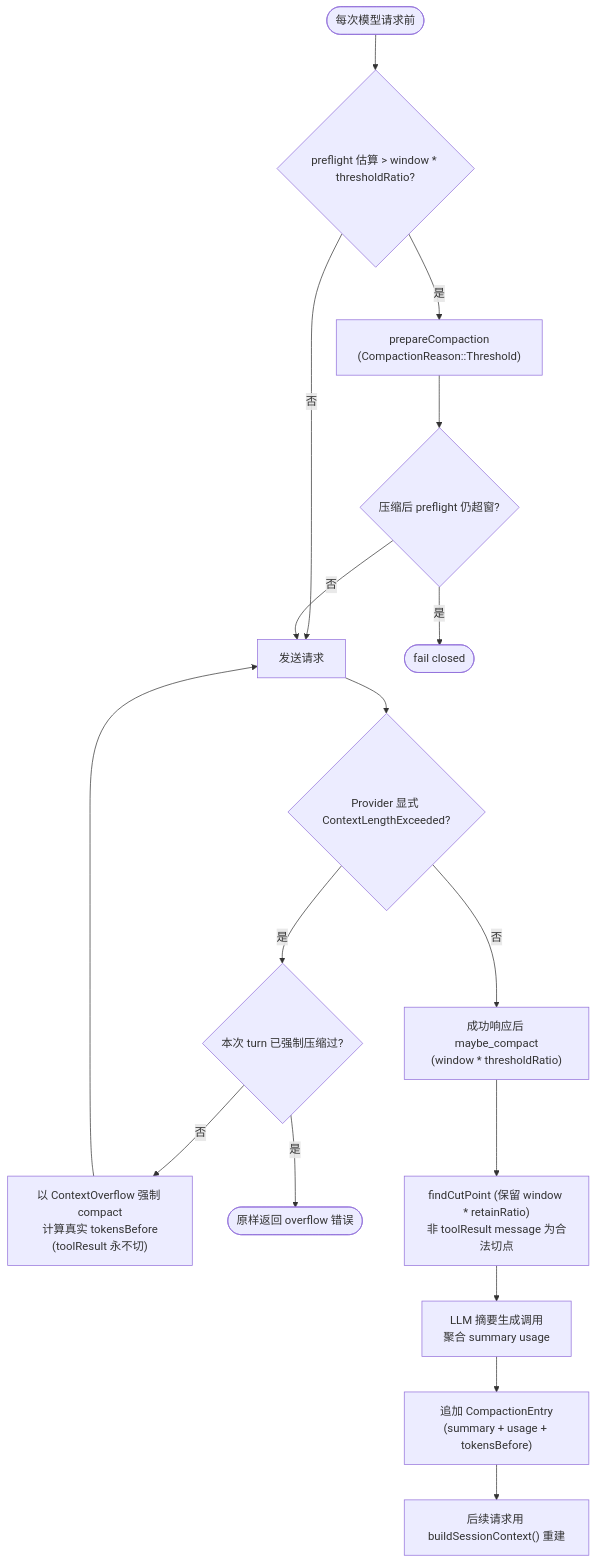
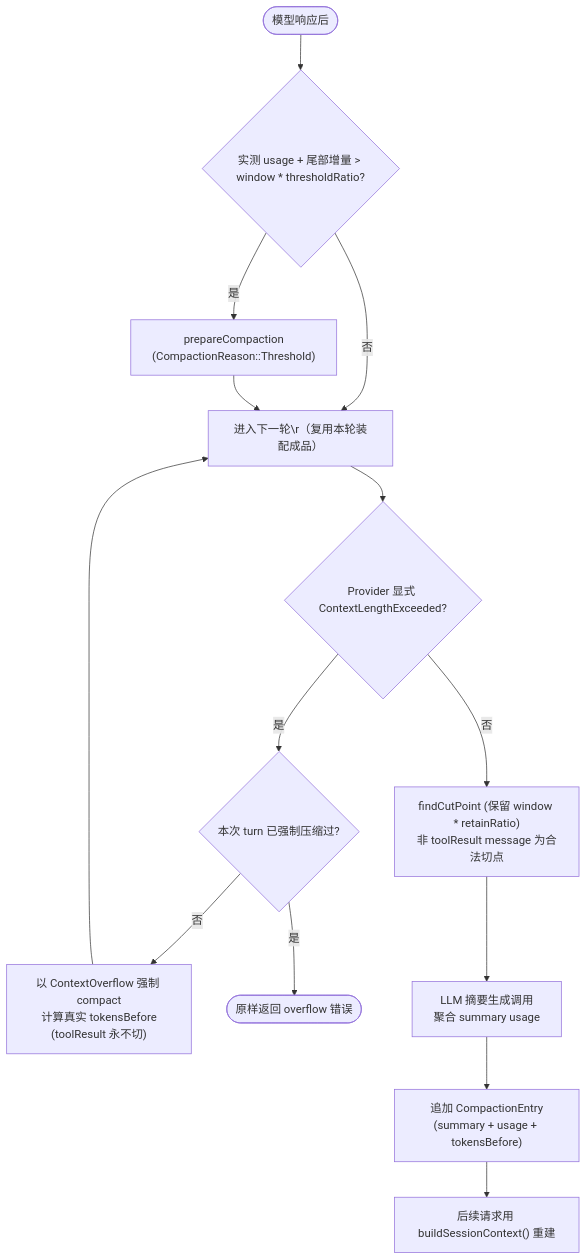
One commit to qjcnmd/singularity-agent changed the sixth of 7 diagrams in docs/singularity.md. Above: the diagram before and after it, drawn with Mermaid. The commit also changed other lines of this file and 16 other files, not shown here.

````diff
--- a/docs/singularity.md
+++ b/docs/singularity.md
@@ -216,19 +218,16 @@
 ```mermaid
 flowchart TD
-    A(["每次模型请求前"]) --> B{"preflight 估算 > window * thresholdRatio?"}
-    B -- 否 --> P["发送请求"]
+    A(["模型响应后"]) --> B{"实测 usage + 尾部增量 > window * thresholdRatio?"}
+    B -- 否 --> P["进入下一轮\r（复用本轮装配成品）"]
     B -- 是 --> C["prepareCompaction<br/>(CompactionReason::Threshold)"]
-    C --> C2{"压缩后 preflight 仍超窗?"}
-    C2 -- 是 --> FAIL(["fail closed"])
-    C2 -- 否 --> P
+    C --> P
     P --> Q{"Provider 显式 ContextLengthExceeded?"}
     Q -- 是 --> O1{"本次 turn 已强制压缩过?"}
     O1 -- 否 --> O2["以 ContextOverflow 强制 compact<br/>计算真实 tokensBefore<br/>(toolResult 永不切)"]
     O2 --> P
     O1 -- 是 --> FAIL2(["原样返回 overflow 错误"])
-    Q -- 否 --> R["成功响应后 maybe_compact<br/>(window * thresholdRatio)"]
-    R --> D["findCutPoint (保留 window * retainRatio)<br/>非 toolResult message 为合法切点"]
-    D --> E["LLM 摘要生成调用<br/>聚合 summary usage"]
-    E --> F["追加 CompactionEntry<br/>(summary + usage + tokensBefore)"]
-    F --> G["后续请求用 buildSessionContext() 重建"]
+    Q -- 否 --> R["findCutPoint (保留 window * retainRatio)<br/>非 toolResult message 为合法切点"]
+    R --> D["LLM 摘要生成调用<br/>聚合 summary usage"]
+    D --> E["追加 CompactionEntry<br/>(summary + usage + tokensBefore)"]
+    E --> F["后续请求用 buildSessionContext() 重建"]
 ```
````
